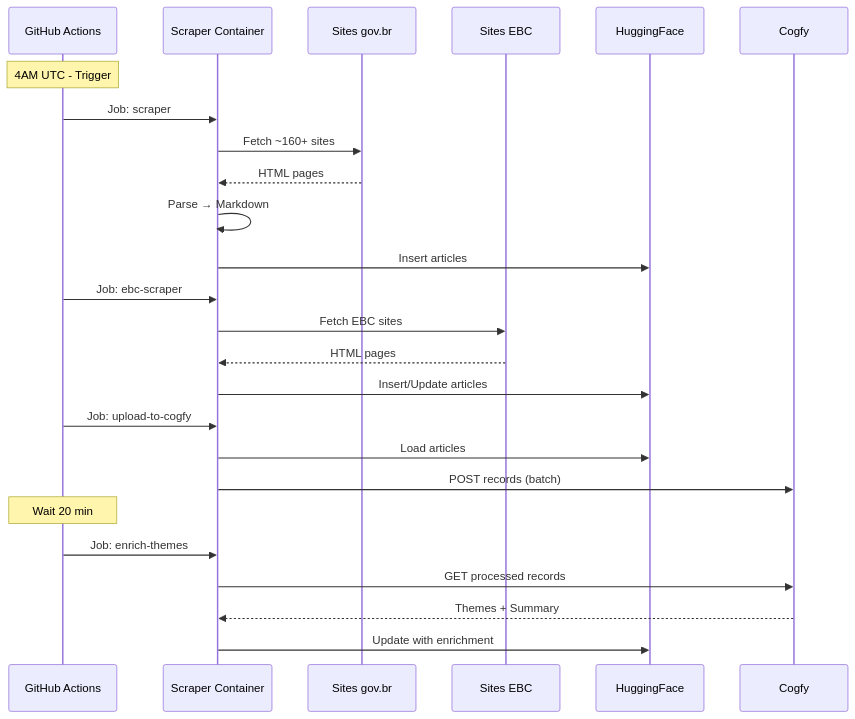
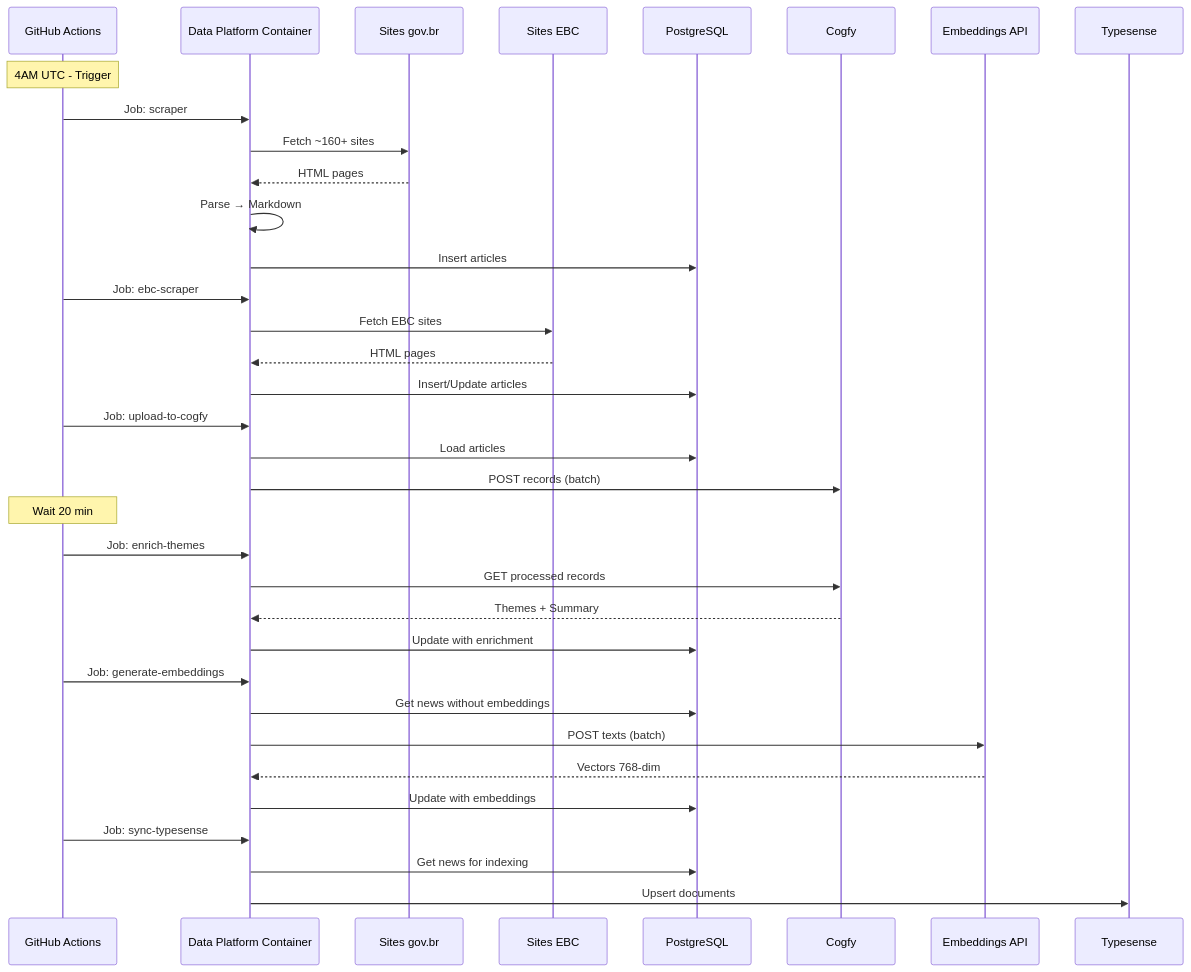
One commit to destaquesgovbr/docs changed the second of 2 diagrams in docs/workflows/scraper-pipeline.md. Above: the diagram before and after it, drawn with Mermaid. The commit also changed other lines of this file and 5 other files, not shown here.

````diff
--- a/docs/workflows/scraper-pipeline.md
+++ b/docs/workflows/scraper-pipeline.md
@@ -172,33 +237,45 @@
 ```mermaid
 sequenceDiagram
     participant GH as GitHub Actions
-    participant SC as Scraper Container
+    participant DP as Data Platform Container
     participant GOV as Sites gov.br
     participant EBC as Sites EBC
-    participant HF as HuggingFace
+    participant PG as PostgreSQL
     participant CF as Cogfy
+    participant EMB as Embeddings API
+    participant TS as Typesense
 
     Note over GH: 4AM UTC - Trigger
 
-    GH->>SC: Job: scraper
-    SC->>GOV: Fetch ~160+ sites
-    GOV-->>SC: HTML pages
-    SC->>SC: Parse → Markdown
-    SC->>HF: Insert articles
+    GH->>DP: Job: scraper
+    DP->>GOV: Fetch ~160+ sites
+    GOV-->>DP: HTML pages
+    DP->>DP: Parse → Markdown
+    DP->>PG: Insert articles
 
-    GH->>SC: Job: ebc-scraper
-    SC->>EBC: Fetch EBC sites
-    EBC-->>SC: HTML pages
-    SC->>HF: Insert/Update articles
+    GH->>DP: Job: ebc-scraper
+    DP->>EBC: Fetch EBC sites
+    EBC-->>DP: HTML pages
+    DP->>PG: Insert/Update articles
 
-    GH->>SC: Job: upload-to-cogfy
-    SC->>HF: Load articles
-    SC->>CF: POST records (batch)
+    GH->>DP: Job: upload-to-cogfy
+    DP->>PG: Load articles
+    DP->>CF: POST records (batch)
 
     Note over GH: Wait 20 min
 
-    GH->>SC: Job: enrich-themes
-    SC->>CF: GET processed records
-    CF-->>SC: Themes + Summary
-    SC->>HF: Update with enrichment
+    GH->>DP: Job: enrich-themes
+    DP->>CF: GET processed records
+    CF-->>DP: Themes + Summary
+    DP->>PG: Update with enrichment
+
+    GH->>DP: Job: generate-embeddings
+    DP->>PG: Get news without embeddings
+    DP->>EMB: POST texts (batch)
+    EMB-->>DP: Vectors 768-dim
+    DP->>PG: Update with embeddings
+
+    GH->>DP: Job: sync-typesense
+    DP->>PG: Get news for indexing
+    DP->>TS: Upsert documents
 ```
````
